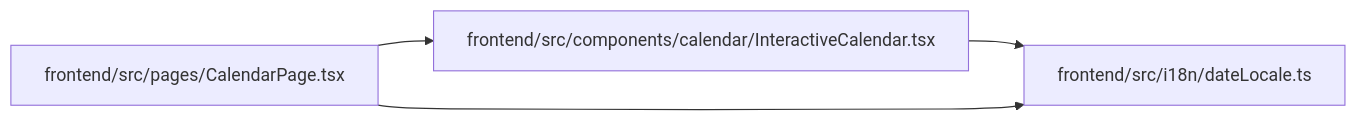
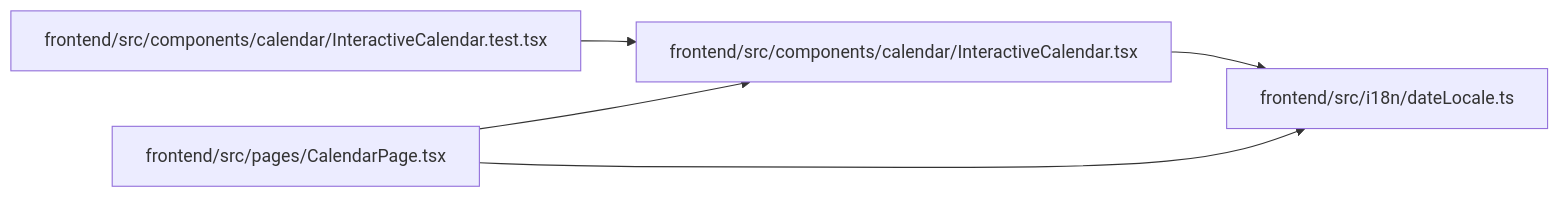
One commit to Denissvgn/WorkChord changed the diagram in docs/llm_wiki/modules/InteractiveCalendar.md. Above: the diagram before and after it, drawn with Mermaid. The commit also changed other lines of this file and 452 other files, not shown here.

Commit message:
docs(wiki): refresh for the planning diagram changes

````diff
--- a/docs/llm_wiki/modules/InteractiveCalendar.md
+++ b/docs/llm_wiki/modules/InteractiveCalendar.md
@@ -28,12 +29,15 @@
 ```mermaid
 flowchart LR
-    n0["frontend/src/components/calendar/InteractiveCalendar.tsx"]
-    n1["frontend/src/i18n/dateLocale.ts"]
-    n2["frontend/src/pages/CalendarPage.tsx"]
+    n0["frontend/src/components/calendar/InteractiveCalendar.test.tsx"]
+    n1["frontend/src/components/calendar/InteractiveCalendar.tsx"]
+    n2["frontend/src/i18n/dateLocale.ts"]
+    n3["frontend/src/pages/CalendarPage.tsx"]
     n0 --> n1
-    n2 --> n0
-    n2 --> n1
-    click n0 "../modules/InteractiveCalendar.md"
-    click n1 "../modules/dateLocale.md"
-    click n2 "../modules/CalendarPage.md"
+    n1 --> n2
+    n3 --> n1
+    n3 --> n2
+    click n0 "../modules/InteractiveCalendar.test.md"
+    click n1 "../modules/InteractiveCalendar.md"
+    click n2 "../modules/dateLocale.md"
+    click n3 "../modules/CalendarPage.md"
 ```
````
